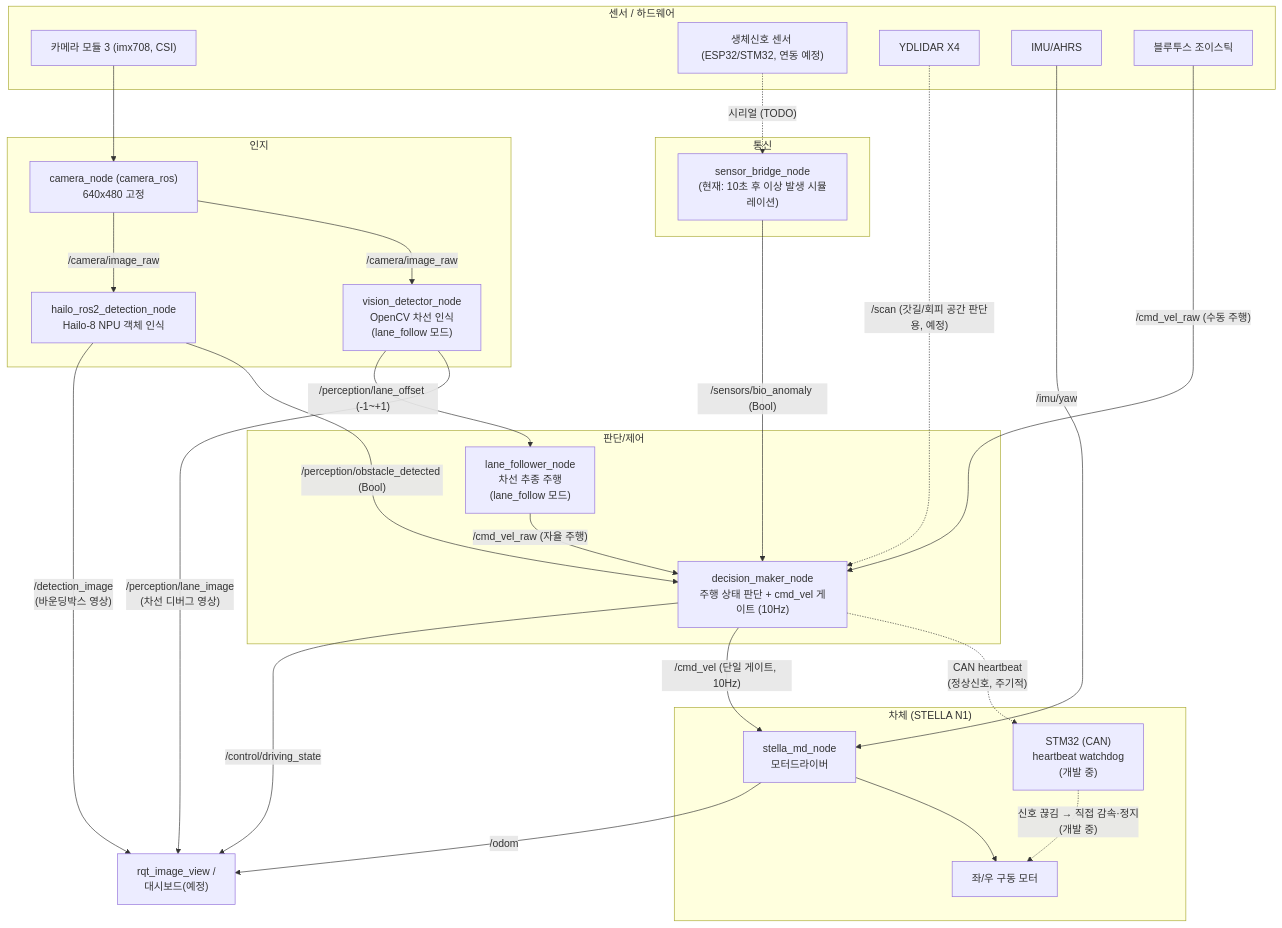
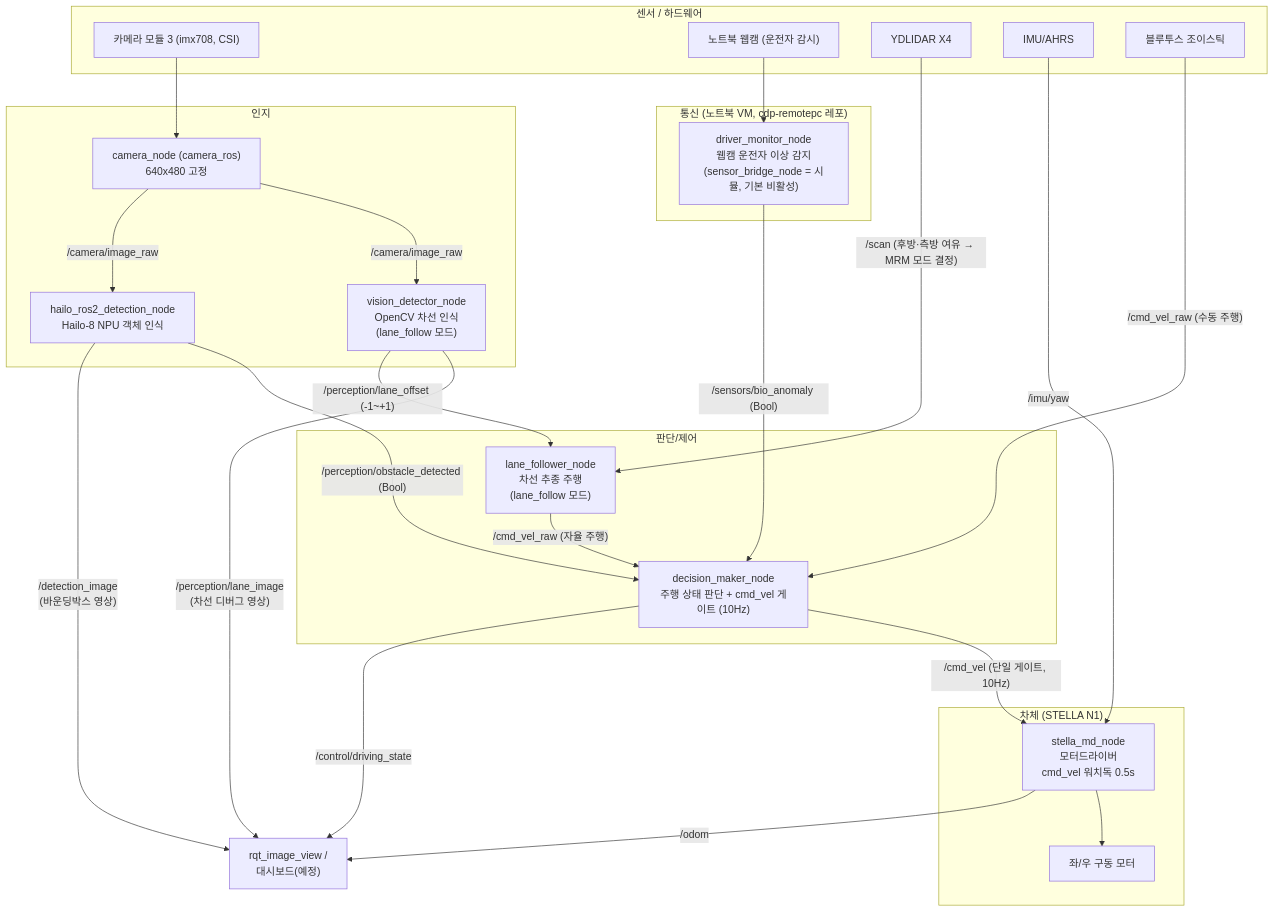
The first of 2 diagrams in docs/ARCHITECTURE.md (seungwp/2026_CDP), drawn with Mermaid before and after one commit. The commit also changed other lines of this file and 13 other files, not shown here.

````diff
--- a/docs/ARCHITECTURE.md
+++ b/docs/ARCHITECTURE.md
@@ -33,51 +45,48 @@
 ```mermaid
 flowchart TD
     subgraph HW["센서 / 하드웨어"]
         CAM["카메라 모듈 3 (imx708, CSI)"]
-        BIOHW["생체신호 센서 (ESP32/STM32, 연동 예정)"]
+        BIOHW["노트북 웹캠 (운전자 감시)"]
         LIDAR["YDLIDAR X4"]
         IMU["IMU/AHRS"]
         JOY["블루투스 조이스틱"]
     end
 
     subgraph PERCEPTION["인지"]
         CAMNODE["camera_node (camera_ros)<br/>640x480 고정"]
         HAILO["hailo_ros2_detection_node<br/>Hailo-8 NPU 객체 인식"]
         VD["vision_detector_node<br/>OpenCV 차선 인식<br/>(lane_follow 모드)"]
     end
 
-    subgraph COMMS["통신"]
-        BRIDGE["sensor_bridge_node<br/>(현재: 10초 후 이상 발생 시뮬레이션)"]
+    subgraph COMMS["통신 (노트북 VM, cdp-remotepc 레포)"]
+        BRIDGE["driver_monitor_node<br/>웹캠 운전자 이상 감지<br/>(sensor_bridge_node = 시뮬, 기본 비활성)"]
     end
 
     subgraph CONTROL["판단/제어"]
         DM["decision_maker_node<br/>주행 상태 판단 + cmd_vel 게이트 (10Hz)"]
         LF["lane_follower_node<br/>차선 추종 주행<br/>(lane_follow 모드)"]
     end
 
     subgraph BASE["차체 (STELLA N1)"]
-        MD["stella_md_node<br/>모터드라이버"]
-        STM["STM32 (CAN)<br/>heartbeat watchdog<br/>(개발 중)"]
+        MD["stella_md_node<br/>모터드라이버<br/>cmd_vel 워치독 0.5s"]
         MOTOR["좌/우 구동 모터"]
     end
 
     CAM --> CAMNODE
+    BIOHW --> BRIDGE
     CAMNODE -- "/camera/image_raw" --> HAILO
     HAILO -- "/detection_image<br/>(바운딩박스 영상)" --> VIEW["rqt_image_view /<br/>대시보드(예정)"]
     HAILO -- "/perception/obstacle_detected (Bool)" --> DM
-    BIOHW -. "시리얼 (TODO)" .-> BRIDGE
     BRIDGE -- "/sensors/bio_anomaly (Bool)" --> DM
     DM -- "/control/driving_state" --> VIEW
     CAMNODE -- "/camera/image_raw" --> VD
     VD -- "/perception/lane_offset (-1~+1)" --> LF
     VD -- "/perception/lane_image<br/>(차선 디버그 영상)" --> VIEW
     LF -- "/cmd_vel_raw (자율 주행)" --> DM
     JOY -- "/cmd_vel_raw (수동 주행)" --> DM
     DM -- "/cmd_vel (단일 게이트, 10Hz)" --> MD
-    LIDAR -. "/scan (갓길/회피 공간 판단용, 예정)" .-> DM
+    LIDAR -- "/scan (후방·측방 여유 → MRM 모드 결정)" --> LF
     IMU -- "/imu/yaw" --> MD
     MD -- "/odom" --> VIEW
     MD --> MOTOR
-    DM -. "CAN heartbeat<br/>(정상신호, 주기적)" .-> STM
-    STM -. "신호 끊김 → 직접 감속·정지<br/>(개발 중)" .-> MOTOR
 ```
````
